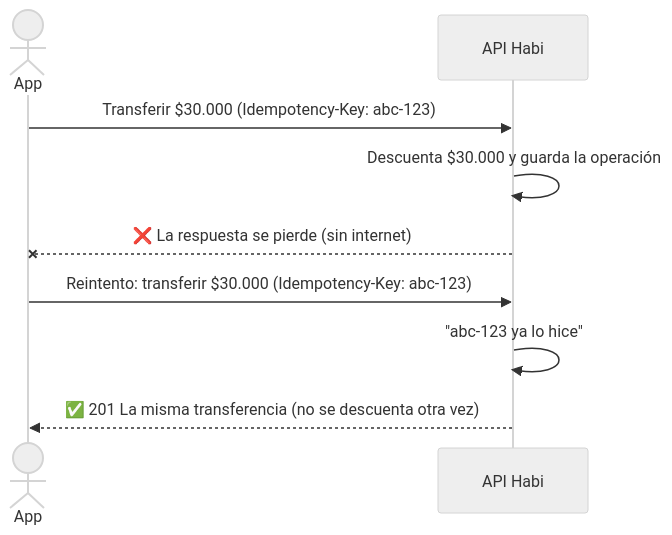
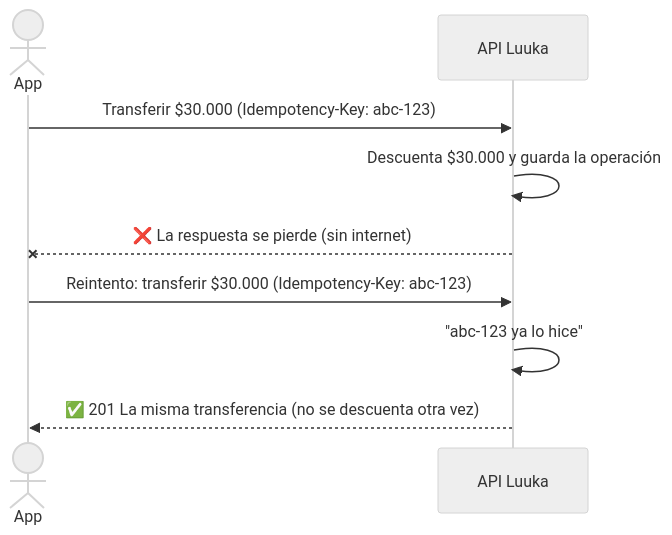
Before and after one commit to jdgutirod/luuka: the third of 3 diagrams in backend/README.md, drawn with Mermaid (neutral theme). The commit also changed other lines of this file and 74 other files, not shown here.

Commit message:
feat(frontend): implement core wallet flows, group split charges and ui views

````diff
--- a/backend/README.md
+++ b/backend/README.md
@@ -139,13 +144,13 @@
 ```mermaid
 sequenceDiagram
     actor App
-    participant API as API Habi
+    participant API as API Luuka
 
     App->>API: Transferir $30.000 (Idempotency-Key: abc-123)
     API->>API: Descuenta $30.000 y guarda la operación
     API--xApp: ❌ La respuesta se pierde (sin internet)
 
     App->>API: Reintento: transferir $30.000 (Idempotency-Key: abc-123)
     API->>API: "abc-123 ya lo hice"
     API-->>App: ✅ 201 La misma transferencia (no se descuenta otra vez)
 ```
````
